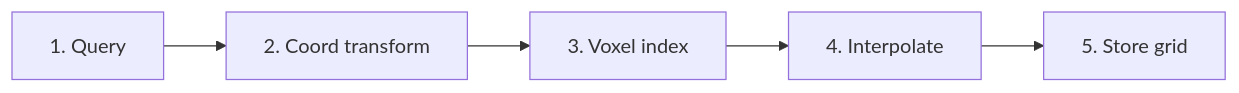
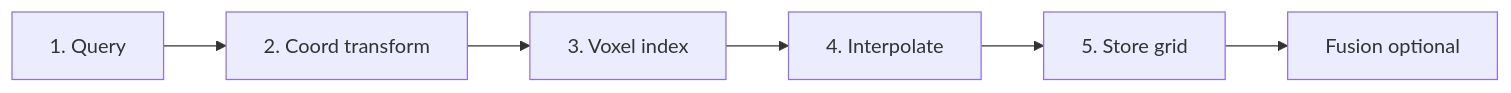
Before and after one commit to kanhaiya-gupta/AM-QADF-Research-Output: the third of 3 diagrams in README.md, drawn with Mermaid. The commit also changed other lines of this file, not shown here.

````diff
--- a/README.md
+++ b/README.md
@@ -123,4 +123,4 @@
 ```mermaid
 flowchart LR
-    A[1. Query] --> B[2. Coord transform] --> C[3. Voxel index] --> D[4. Interpolate] --> E[5. Store grid]
+    A[1. Query] --> B[2. Coord transform] --> C[3. Voxel index] --> D[4. Interpolate] --> E[5. Store grid] --> F[Fusion optional]
 ```
````
